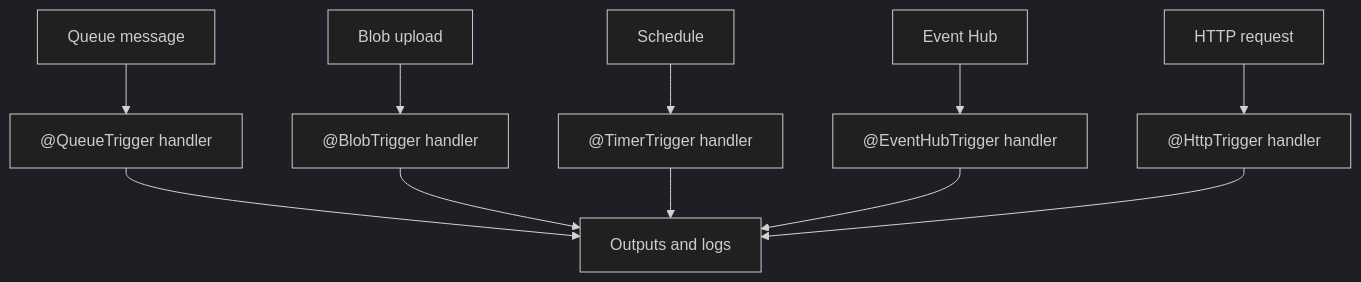
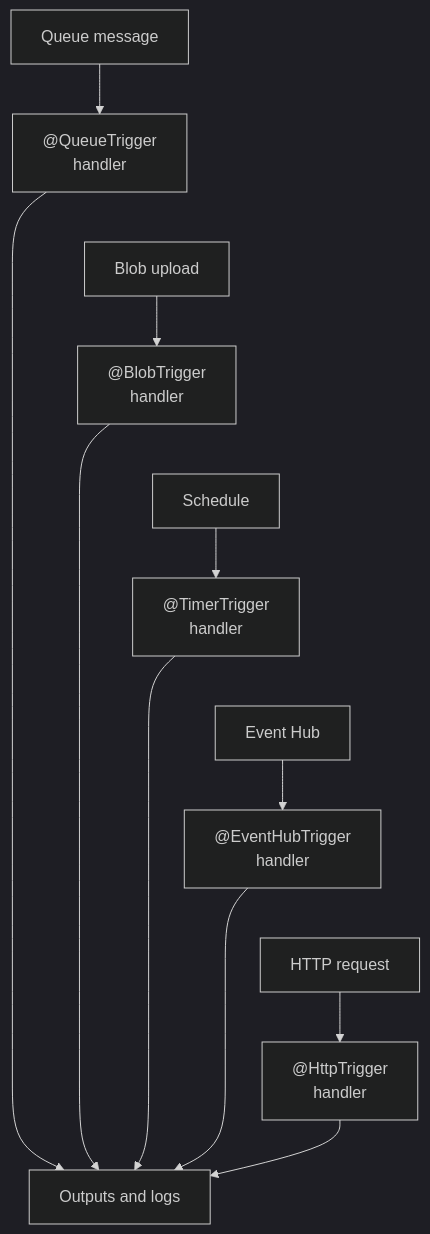
One commit to yeongseon/azure-functions-practical-guide changed the diagram in docs/language-guides/java/tutorial/dedicated/07-extending-triggers.md. Above: the diagram before and after it, drawn with Mermaid (dark theme). The commit also changed 4 other files, not shown here.

First line of the commit message:
docs(diagrams): improve Java extending-trigger diagram readability (#493)

````diff
--- a/docs/language-guides/java/tutorial/dedicated/07-extending-triggers.md
+++ b/docs/language-guides/java/tutorial/dedicated/07-extending-triggers.md
@@ -51,13 +51,20 @@
 ```mermaid
 flowchart TD
-    A[Queue message] --> B["@QueueTrigger handler"]
-    C[Blob upload] --> D["@BlobTrigger handler"]
-    E[Schedule] --> F["@TimerTrigger handler"]
-    G[Event Hub] --> H["@EventHubTrigger handler"]
-    I[HTTP request] --> J["@HttpTrigger handler"]
+    accTitle: Java Dedicated trigger paths
+    accDescr: Conceptual queue, blob, timer, Event Hub, and HTTP paths to Java annotation-based handlers and outputs or logs; the vertical arrangement does not make the independent triggers sequential or specify transport.
+    A[Queue message] --> B["@QueueTrigger<br/>handler"]
+    C[Blob upload] --> D["@BlobTrigger<br/>handler"]
+    E[Schedule] --> F["@TimerTrigger<br/>handler"]
+    G[Event Hub] --> H["@EventHubTrigger<br/>handler"]
+    I[HTTP request] --> J["@HttpTrigger<br/>handler"]
     B --> K[Outputs and logs]
     D --> K
     F --> K
     H --> K
     J --> K
+    %% Layout-only links tier independent paths; no execution steps or arrows added.
+    B ~~~ C
+    D ~~~ E
+    F ~~~ G
+    H ~~~ I
 ```
````
